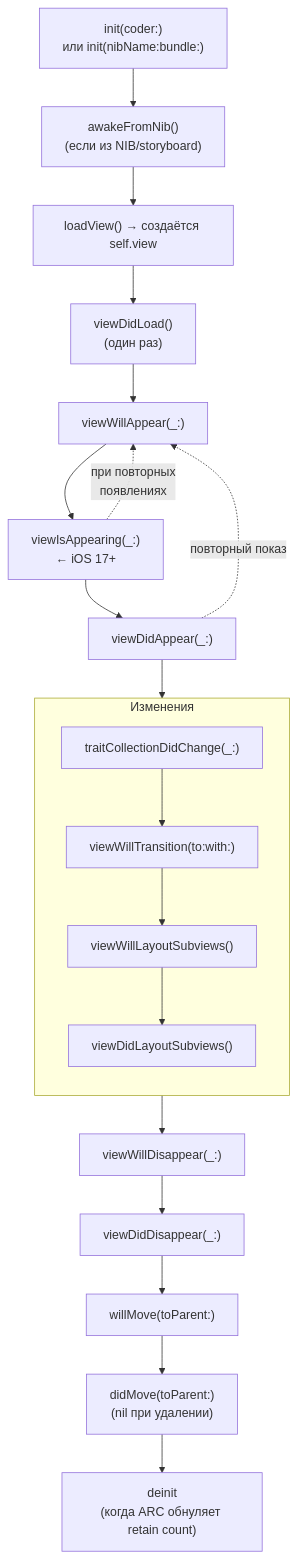
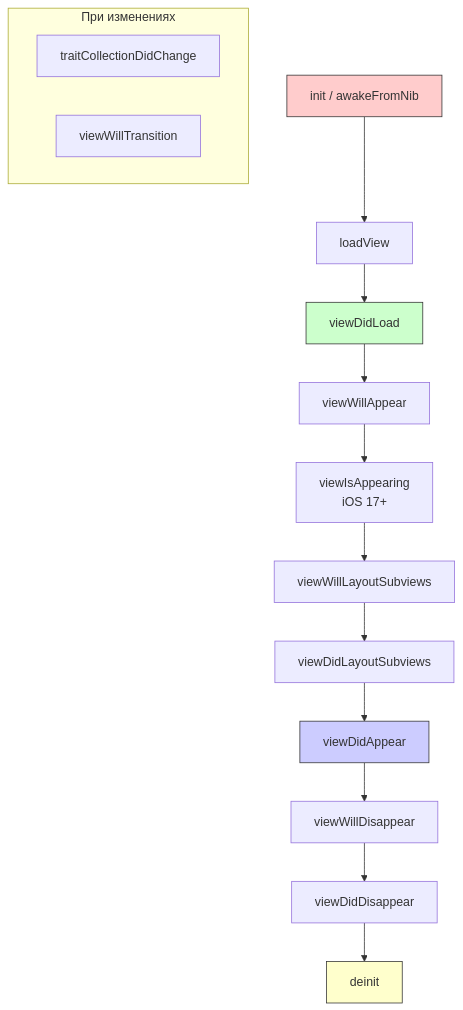
The diagram in Swift/Теория/iOS/UIKit/UIViewController life cycle/Жизненный цикл ViewController-a.md (NuttyCheese/Obsidian), drawn with Mermaid before and after one commit. The commit also changed other lines of this file and 2 other files, not shown here.

````diff
--- a/Swift/Теория/iOS/UIKit/UIViewController life cycle/Жизненный цикл ViewController-a.md
+++ b/Swift/Теория/iOS/UIKit/UIViewController life cycle/Жизненный цикл ViewController-a.md
@@ -90,29 +11,24 @@
 ```mermaid
 graph TD
-    Start["init(coder:)<br/>или init(nibName:bundle:)"] --> Awake["awakeFromNib()<br/>(если из NIB/storyboard)"]
-    Awake --> Load["loadView() → создаётся self.view"]
-    Load --> ViewDidLoad["viewDidLoad()<br/>(один раз)"]
+    Init[init / awakeFromNib] --> Load[loadView]
+    Load --> ViewDidLoad[viewDidLoad]
+    ViewDidLoad --> WillAppear[viewWillAppear]
+    WillAppear --> IsAppearing[viewIsAppearing<br/>iOS 17+]
+    IsAppearing --> WillLayout[viewWillLayoutSubviews]
+    WillLayout --> DidLayout[viewDidLayoutSubviews]
+    DidLayout --> DidAppear[viewDidAppear]
     
-    ViewDidLoad --> WillAppear["viewWillAppear(_:)"]
-    WillAppear --> IsAppearing["viewIsAppearing(_:)<br/>← iOS 17+"]
-    IsAppearing --> DidAppear["viewDidAppear(_:)"]
+    DidAppear --> WillDisappear[viewWillDisappear]
+    WillDisappear --> DidDisappear[viewDidDisappear]
+    DidDisappear --> Deinit[deinit]
     
-    DidAppear --> Events[События при изменении]
-    
-    subgraph Events[Изменения]
-        direction TB
-        Trait["traitCollectionDidChange(_:)"] --> Transition["viewWillTransition(to:with:)"]
-        Transition --> WillLayout["viewWillLayoutSubviews()"]
-        WillLayout --> DidLayout["viewDidLayoutSubviews()"]
+    subgraph "При изменениях"
+        Trait[traitCollectionDidChange]
+        Transition[viewWillTransition]
     end
     
-    Events --> WillDisappear["viewWillDisappear(_:)"]
-    WillDisappear --> DidDisappear["viewDidDisappear(_:)"]
-    
-    DidDisappear --> WillMove["willMove(toParent:)"]
-    WillMove --> DidMove["didMove(toParent:)<br/>(nil при удалении)"]
-    DidMove --> Deinit["deinit<br/>(когда ARC обнуляет retain count)"]
-    
-    IsAppearing -.->|при повторных<br/>появлениях| WillAppear
-    DidAppear -.->|повторный показ| WillAppear
+    style Init fill:#ffcccc,stroke:#333
+    style ViewDidLoad fill:#ccffcc,stroke:#333
+    style DidAppear fill:#ccccff,stroke:#333
+    style Deinit fill:#ffffcc,stroke:#333
 ```
````
